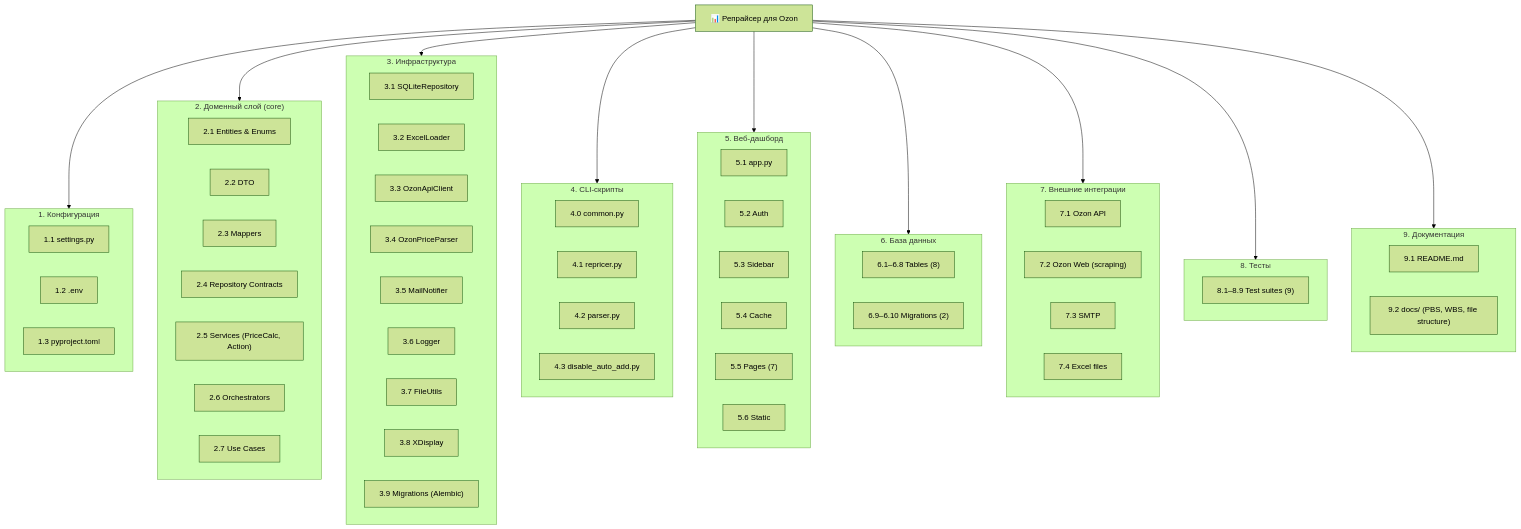
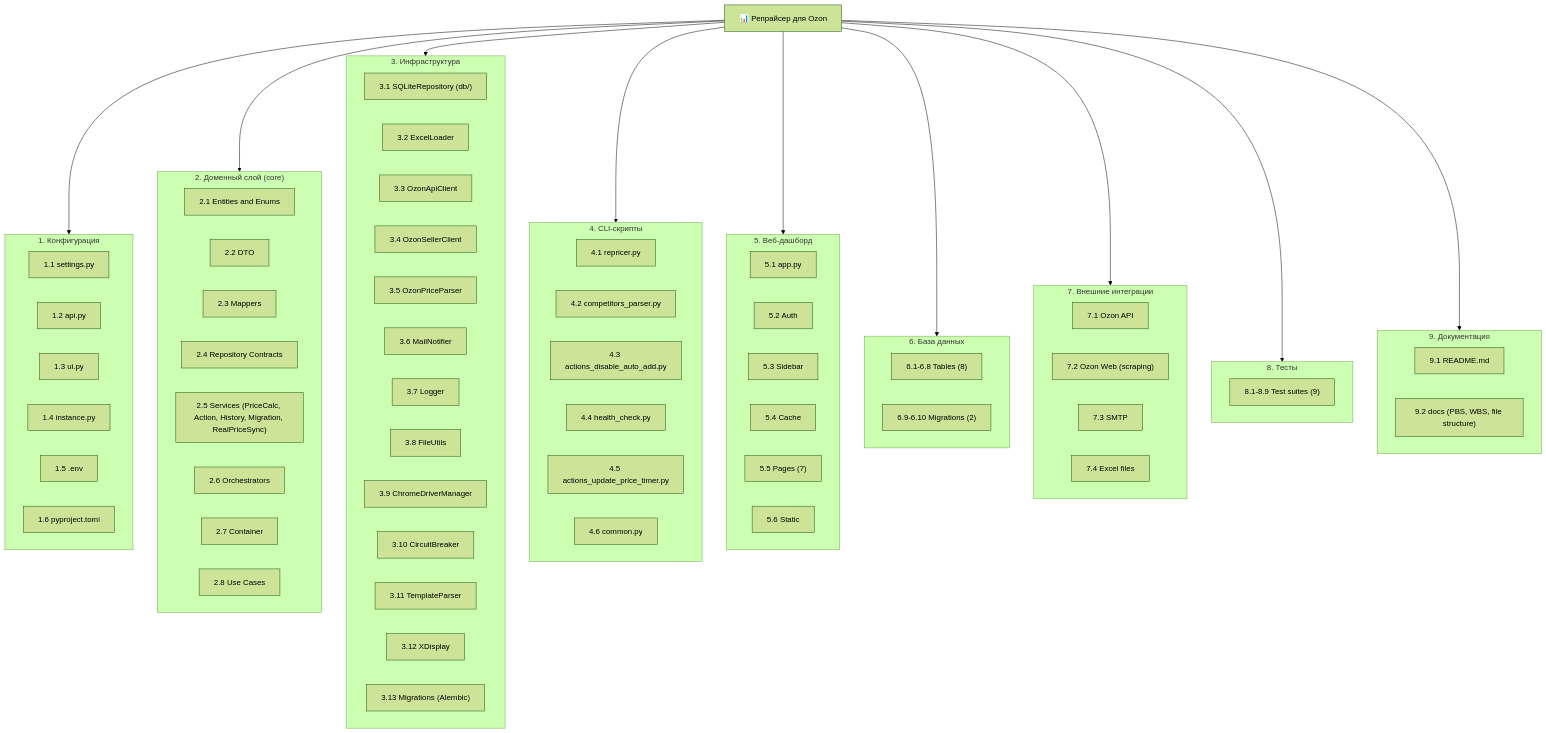
Before and after one commit to oldflexer/repricer-ozon: the diagram in docs/PBS.md, drawn with Mermaid (forest theme). The commit also changed other lines of this file and 3 other files, not shown here.

```diff
--- a/docs/PBS.md
+++ b/docs/PBS.md
@@ -97,37 +122,47 @@
 
     subgraph C1["1. Конфигурация"]
         C1a["1.1 settings.py"]
-        C1b["1.2 .env"]
-        C1c["1.3 pyproject.toml"]
+        C1b["1.2 api.py"]
+        C1c["1.3 ui.py"]
+        C1d["1.4 instance.py"]
+        C1e["1.5 .env"]
+        C1f["1.6 pyproject.toml"]
     end
 
     subgraph C2["2. Доменный слой (core)"]
-        C2a["2.1 Entities & Enums"]
+        C2a["2.1 Entities and Enums"]
         C2b["2.2 DTO"]
         C2c["2.3 Mappers"]
         C2d["2.4 Repository Contracts"]
-        C2e["2.5 Services (PriceCalc, Action)"]
+        C2e["2.5 Services (PriceCalc, Action, History, Migration, RealPriceSync)"]
         C2f["2.6 Orchestrators"]
-        C2g["2.7 Use Cases"]
+        C2g["2.7 Container"]
+        C2h["2.8 Use Cases"]
     end
 
     subgraph C3["3. Инфраструктура"]
-        C3a["3.1 SQLiteRepository"]
+        C3a["3.1 SQLiteRepository (db/)"]
         C3b["3.2 ExcelLoader"]
         C3c["3.3 OzonApiClient"]
-        C3d["3.4 OzonPriceParser"]
-        C3e["3.5 MailNotifier"]
-        C3f["3.6 Logger"]
-        C3g["3.7 FileUtils"]
-        C3h["3.8 XDisplay"]
-        C3i["3.9 Migrations (Alembic)"]
+        C3d["3.4 OzonSellerClient"]
+        C3e["3.5 OzonPriceParser"]
+        C3f["3.6 MailNotifier"]
+        C3g["3.7 Logger"]
+        C3h["3.8 FileUtils"]
+        C3i["3.9 ChromeDriverManager"]
+        C3j["3.10 CircuitBreaker"]
+        C3k["3.11 TemplateParser"]
+        C3l["3.12 XDisplay"]
+        C3m["3.13 Migrations (Alembic)"]
     end
 
     subgraph C4["4. CLI-скрипты"]
-        C4a["4.0 common.py"]
-        C4b["4.1 repricer.py"]
-        C4c["4.2 parser.py"]
-        C4d["4.3 disable_auto_add.py"]
+        C4a["4.1 repricer.py"]
+        C4b["4.2 competitors_parser.py"]
+        C4c["4.3 actions_disable_auto_add.py"]
+        C4d["4.4 health_check.py"]
+        C4e["4.5 actions_update_price_timer.py"]
+        C4f["4.6 common.py"]
     end
 
     subgraph C5["5. Веб-дашборд"]
@@ -140,8 +175,8 @@
     end
 
     subgraph C6["6. База данных"]
-        C6a["6.1–6.8 Tables (8)"]
-        C6b["6.9–6.10 Migrations (2)"]
+        C6a["6.1-6.8 Tables (8)"]
+        C6b["6.9-6.10 Migrations (2)"]
     end
 
     subgraph C7["7. Внешние интеграции"]
@@ -152,12 +187,12 @@
     end
 
     subgraph C8["8. Тесты"]
-        C8a["8.1–8.9 Test suites (9)"]
+        C8a["8.1-8.9 Test suites (9)"]
     end
 
     subgraph C9["9. Документация"]
         C9a["9.1 README.md"]
-        C9b["9.2 docs/ (PBS, WBS, file structure)"]
+        C9b["9.2 docs (PBS, WBS, file structure)"]
     end
 
     ROOT --> C1
```
